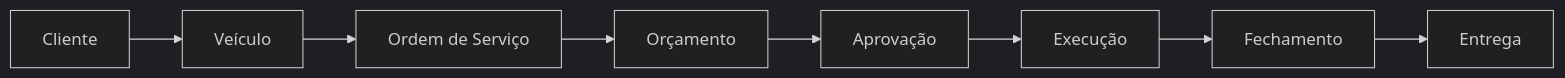
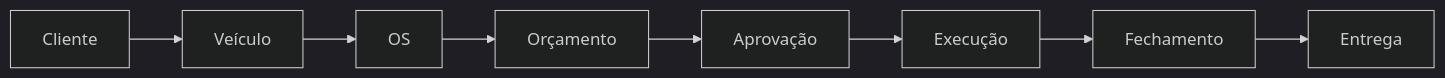
One commit to Wendersonjose/uberhidraulica-erp changed the third of 4 diagrams in README.md. Above: the diagram before and after it, drawn with Mermaid (dark theme). The commit also changed other lines of this file and 4 other files, not shown here.

````diff
--- a/README.md
+++ b/README.md
@@ -344,19 +435,19 @@
 ```mermaid
 flowchart LR
     CLIENT[Cliente]
     VEHICLE[Veículo]
-    OS[Ordem de Serviço]
+    OS[OS]
     QUOTE[Orçamento]
     APPROVAL[Aprovação]
     EXECUTION[Execução]
     CLOSE[Fechamento]
     DELIVERY[Entrega]
 
     CLIENT --> VEHICLE
     VEHICLE --> OS
     OS --> QUOTE
     QUOTE --> APPROVAL
     APPROVAL --> EXECUTION
     EXECUTION --> CLOSE
     CLOSE --> DELIVERY
 ```
````
